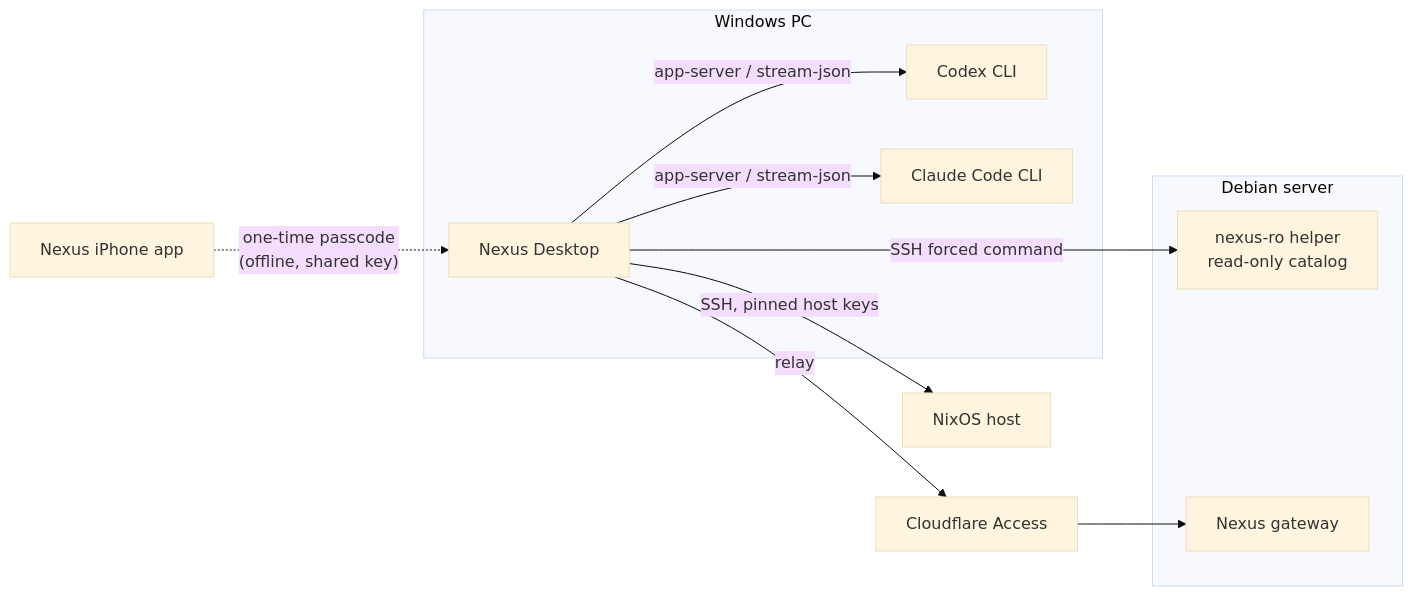
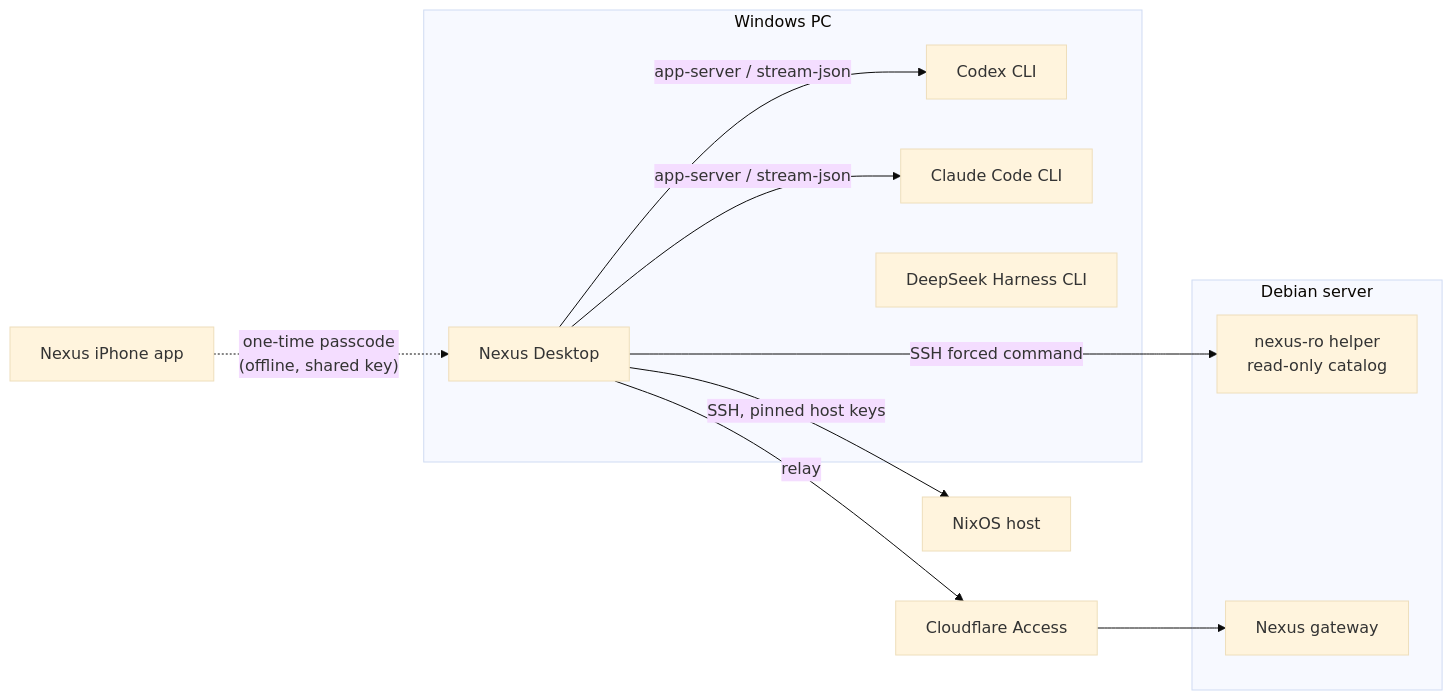
Before and after one commit to ljcatherine/NexusWindows: the diagram in README.md, drawn with Mermaid (base theme). The commit also changed other lines of this file and 1 other file, not shown here.

Commit message:
Document the DeepSeek Harness provider

````diff
--- a/README.md
+++ b/README.md
@@ -75,21 +76,22 @@
 ```mermaid
 flowchart LR
     subgraph PC["Windows PC"]
         D["Nexus Desktop"]
         CX["Codex CLI"]
         CC["Claude Code CLI"]
+        DS["DeepSeek Harness CLI"]
     end
     P["Nexus iPhone app"]
     N["NixOS host"]
     subgraph DEB["Debian server"]
         RO["nexus-ro helper<br/>read-only catalog"]
         GW["Nexus gateway"]
     end
     CF["Cloudflare Access"]
 
     D -- "app-server / stream-json" --> CX & CC
     D -- "SSH, pinned host keys" --> N
     D -- "SSH forced command" --> RO
     D -- "relay" --> CF --> GW
     P -. "one-time passcode<br/>(offline, shared key)" .-> D
 ```
````
